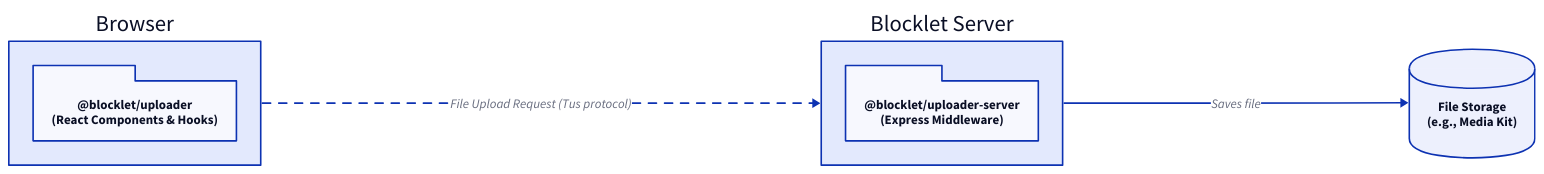
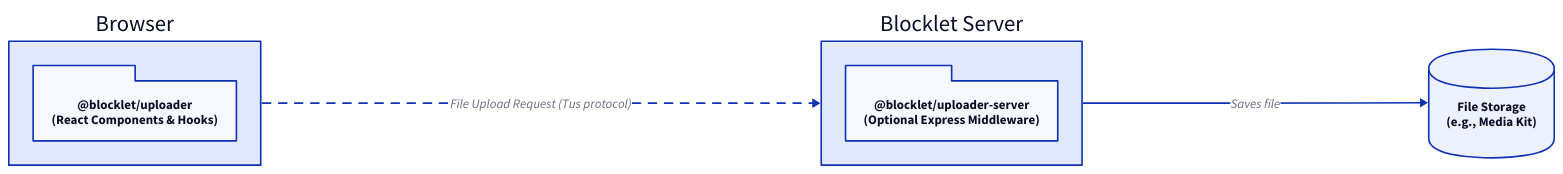
Before and after one commit to blocklet/media-kit: the diagram in .aigne/doc-smith/docs/api-reference.md, drawn with D2. The commit also changed other lines of this file and 19 other files, not shown here.

````diff
--- a/.aigne/doc-smith/docs/api-reference.md
+++ b/.aigne/doc-smith/docs/api-reference.md
@@ -7,27 +9,27 @@
 ```d2
 direction: right
 
-"Browser": {
+"Browser" {
   "@blocklet/uploader": {
     shape: package
     label: "@blocklet/uploader\n(React Components & Hooks)"
   }
 }
 
-"Blocklet Server": {
+"Blocklet Server" {
   "@blocklet/uploader-server": {
     shape: package
-    label: "@blocklet/uploader-server\n(Express Middleware)"
+    label: "@blocklet/uploader-server\n(Optional Express Middleware)"
   }
 }
 
-"Storage": {
+"Storage" {
   shape: cylinder
   label: "File Storage\n(e.g., Media Kit)"
 }
 
 "Browser" -> "Blocklet Server": "File Upload Request (Tus protocol)" {
   style.animated: true
 }
 "Blocklet Server" -> "Storage": "Saves file"
 ```
````
